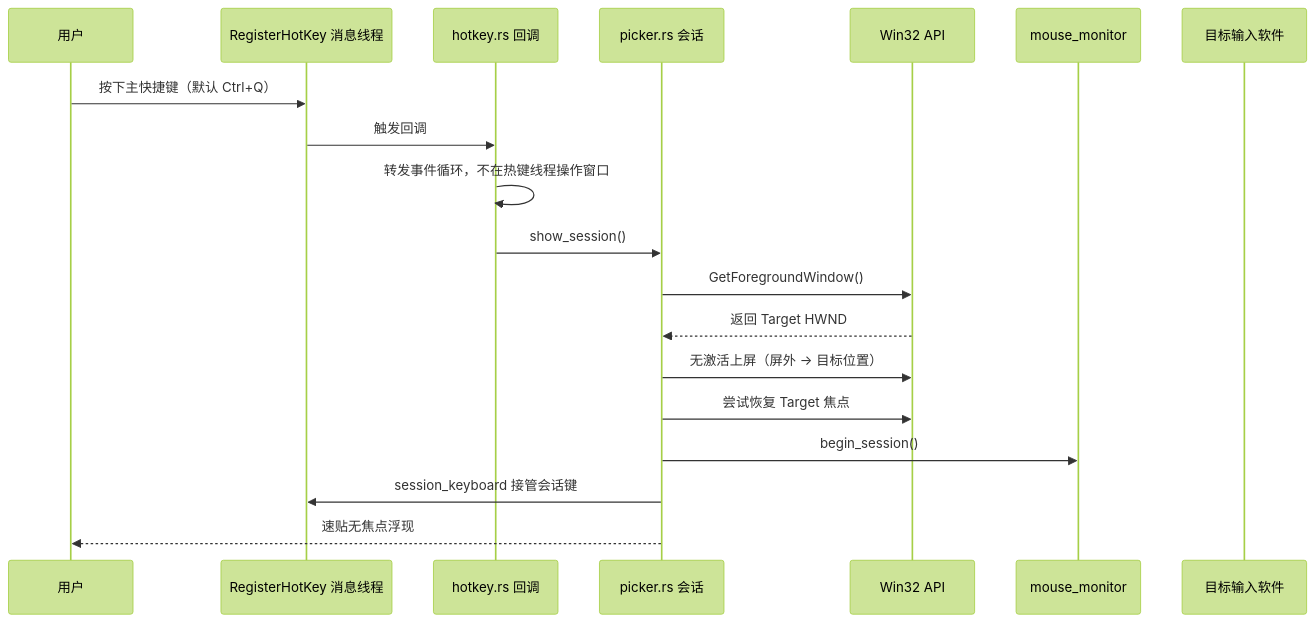
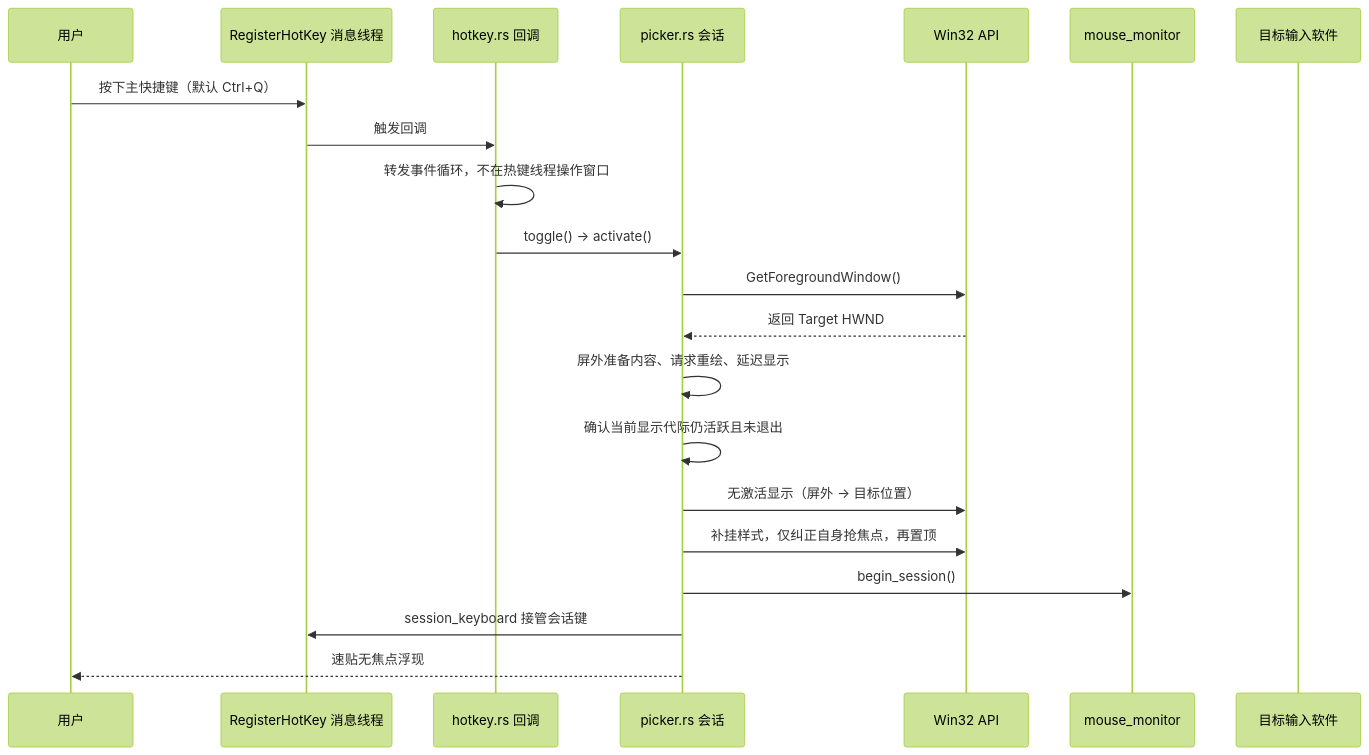
The first of 2 diagrams in docs/no-focus-picker.md (tranquil-w/floatpaste), drawn with Mermaid (forest theme) before and after one commit. The commit also changed other lines of this file and 14 other files, not shown here.

````diff
--- a/docs/no-focus-picker.md
+++ b/docs/no-focus-picker.md
@@ -34,22 +34,24 @@
 ```mermaid
 sequenceDiagram
     participant User as 用户
     participant HotkeyThread as RegisterHotKey 消息线程
     participant Hotkey as hotkey.rs 回调
     participant Picker as picker.rs 会话
     participant Win32 as Win32 API
     participant Mouse as mouse_monitor
     participant Target as 目标输入软件
 
     User->>HotkeyThread: 按下主快捷键（默认 Ctrl+Q）
     HotkeyThread->>Hotkey: 触发回调
     Hotkey->>Hotkey: 转发事件循环，不在热键线程操作窗口
-    Hotkey->>Picker: show_session()
+    Hotkey->>Picker: toggle() → activate()
     Picker->>Win32: GetForegroundWindow()
     Win32-->>Picker: 返回 Target HWND
-    Picker->>Win32: 无激活上屏（屏外 → 目标位置）
-    Picker->>Win32: 尝试恢复 Target 焦点
+    Picker->>Picker: 屏外准备内容、请求重绘、延迟显示
+    Picker->>Picker: 确认当前显示代际仍活跃且未退出
+    Picker->>Win32: 无激活显示（屏外 → 目标位置）
+    Picker->>Win32: 补挂样式，仅纠正自身抢焦点，再置顶
     Picker->>Mouse: begin_session()
     Picker->>HotkeyThread: session_keyboard 接管会话键
     Picker-->>User: 速贴无焦点浮现
 ```
````
